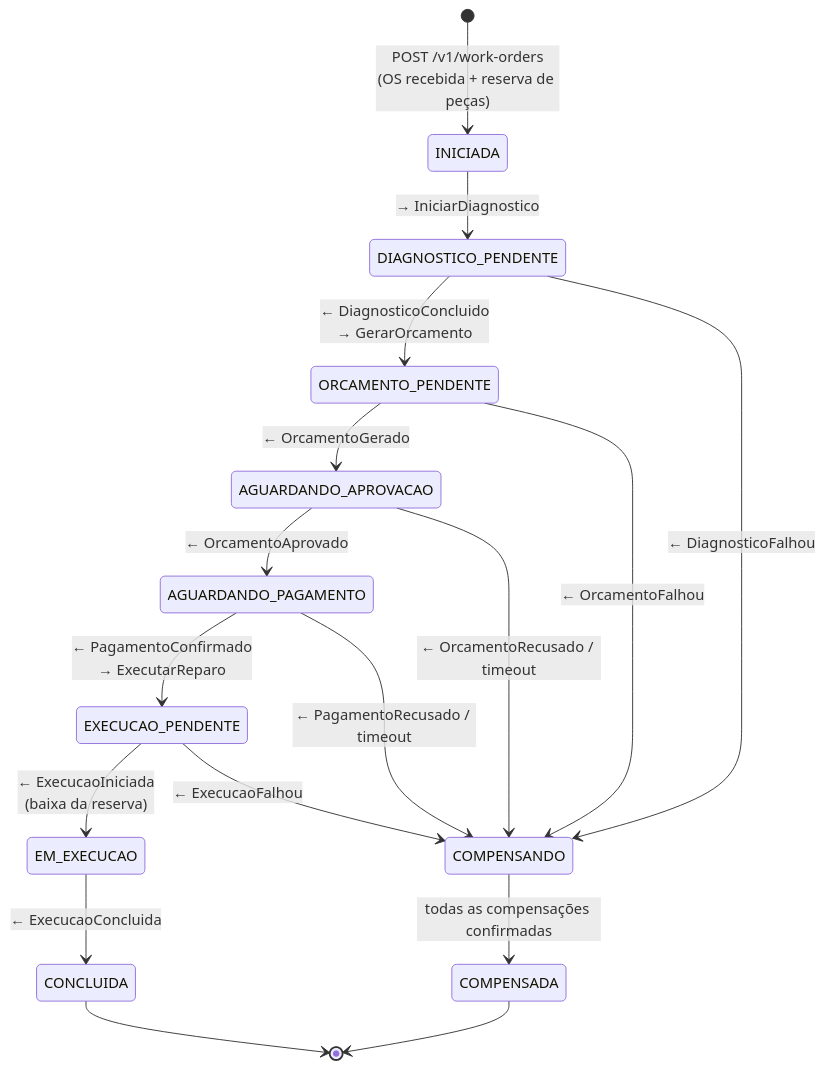
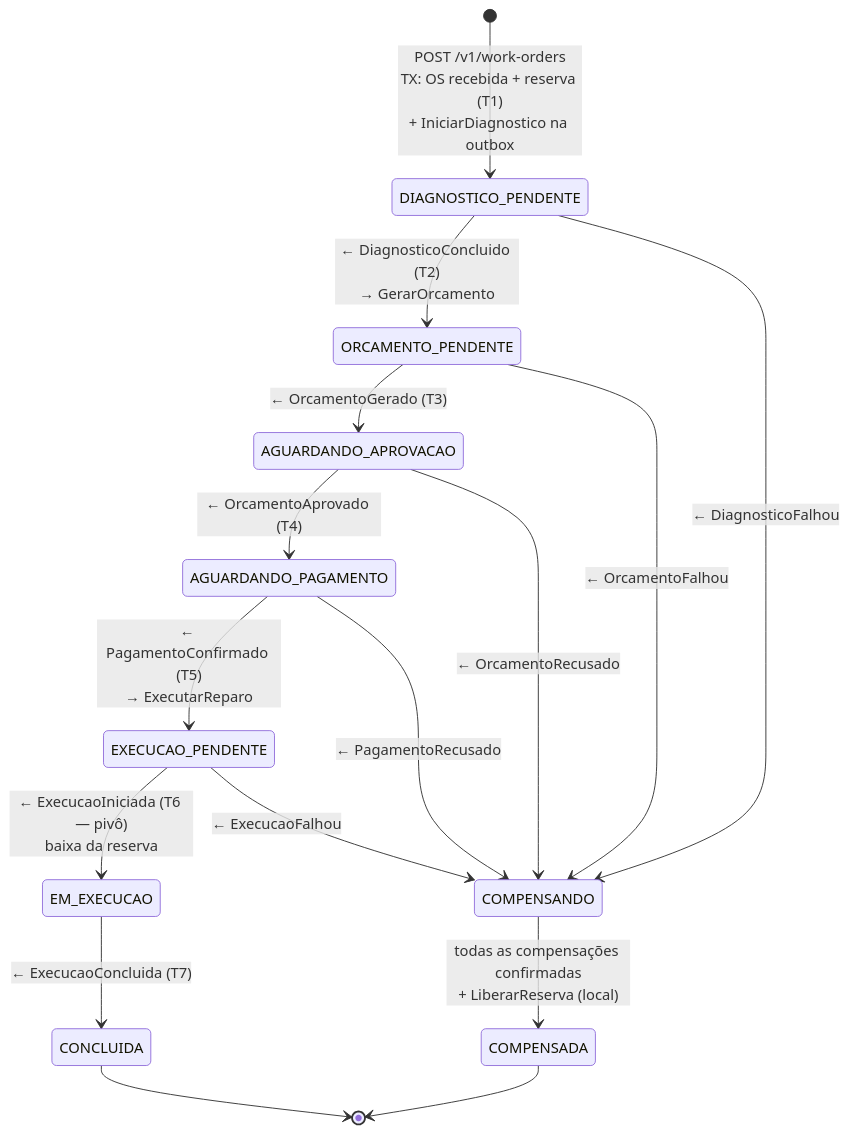
One commit to ProblemaTheu/oficina-app changed the third of 9 diagrams in docs/planejamentos/fase-4/arquitetura.md. Above: the diagram before and after it, drawn with Mermaid. The commit also changed other lines of this file and 6 other files, not shown here.

````diff
--- a/docs/planejamentos/fase-4/arquitetura.md
+++ b/docs/planejamentos/fase-4/arquitetura.md
@@ -143,20 +145,19 @@
 ```mermaid
 stateDiagram-v2
-    [*] --> INICIADA: POST /v1/work-orders<br/>(OS recebida + reserva de peças)
-    INICIADA --> DIAGNOSTICO_PENDENTE: → IniciarDiagnostico
-    DIAGNOSTICO_PENDENTE --> ORCAMENTO_PENDENTE: ← DiagnosticoConcluido<br/>→ GerarOrcamento
-    ORCAMENTO_PENDENTE --> AGUARDANDO_APROVACAO: ← OrcamentoGerado
-    AGUARDANDO_APROVACAO --> AGUARDANDO_PAGAMENTO: ← OrcamentoAprovado
-    AGUARDANDO_PAGAMENTO --> EXECUCAO_PENDENTE: ← PagamentoConfirmado<br/>→ ExecutarReparo
-    EXECUCAO_PENDENTE --> EM_EXECUCAO: ← ExecucaoIniciada<br/>(baixa da reserva)
-    EM_EXECUCAO --> CONCLUIDA: ← ExecucaoConcluida
+    [*] --> DIAGNOSTICO_PENDENTE: POST /v1/work-orders<br/>TX: OS recebida + reserva (T1)<br/>+ IniciarDiagnostico na outbox
+    DIAGNOSTICO_PENDENTE --> ORCAMENTO_PENDENTE: ← DiagnosticoConcluido (T2)<br/>→ GerarOrcamento
+    ORCAMENTO_PENDENTE --> AGUARDANDO_APROVACAO: ← OrcamentoGerado (T3)
+    AGUARDANDO_APROVACAO --> AGUARDANDO_PAGAMENTO: ← OrcamentoAprovado (T4)
+    AGUARDANDO_PAGAMENTO --> EXECUCAO_PENDENTE: ← PagamentoConfirmado (T5)<br/>→ ExecutarReparo
+    EXECUCAO_PENDENTE --> EM_EXECUCAO: ← ExecucaoIniciada (T6 — pivô)<br/>baixa da reserva
+    EM_EXECUCAO --> CONCLUIDA: ← ExecucaoConcluida (T7)
 
     DIAGNOSTICO_PENDENTE --> COMPENSANDO: ← DiagnosticoFalhou
     ORCAMENTO_PENDENTE --> COMPENSANDO: ← OrcamentoFalhou
-    AGUARDANDO_APROVACAO --> COMPENSANDO: ← OrcamentoRecusado / timeout
-    AGUARDANDO_PAGAMENTO --> COMPENSANDO: ← PagamentoRecusado / timeout
+    AGUARDANDO_APROVACAO --> COMPENSANDO: ← OrcamentoRecusado
+    AGUARDANDO_PAGAMENTO --> COMPENSANDO: ← PagamentoRecusado
     EXECUCAO_PENDENTE --> COMPENSANDO: ← ExecucaoFalhou
-    COMPENSANDO --> COMPENSADA: todas as compensações confirmadas
+    COMPENSANDO --> COMPENSADA: todas as compensações confirmadas<br/>+ LiberarReserva (local)
     CONCLUIDA --> [*]
     COMPENSADA --> [*]
 ```
````
